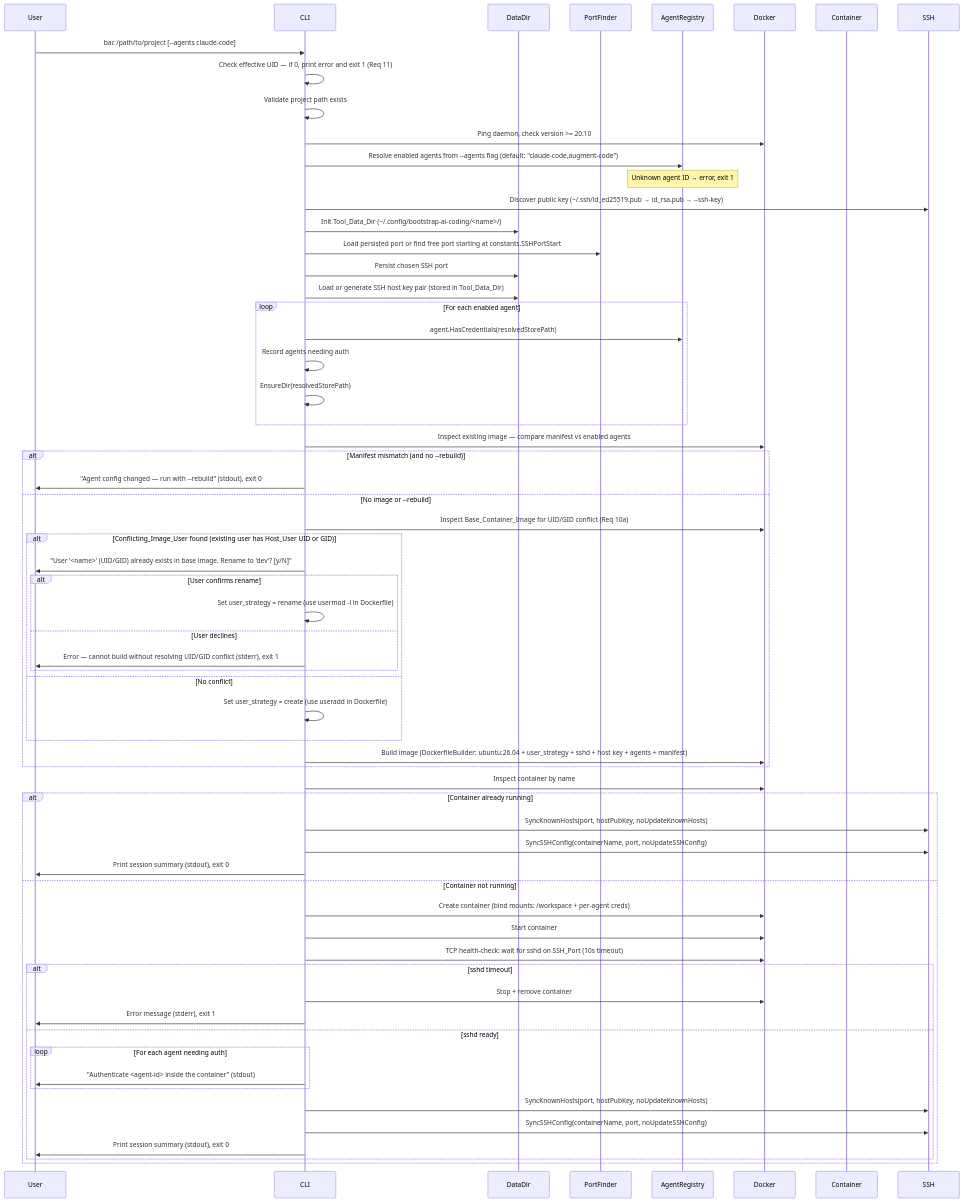
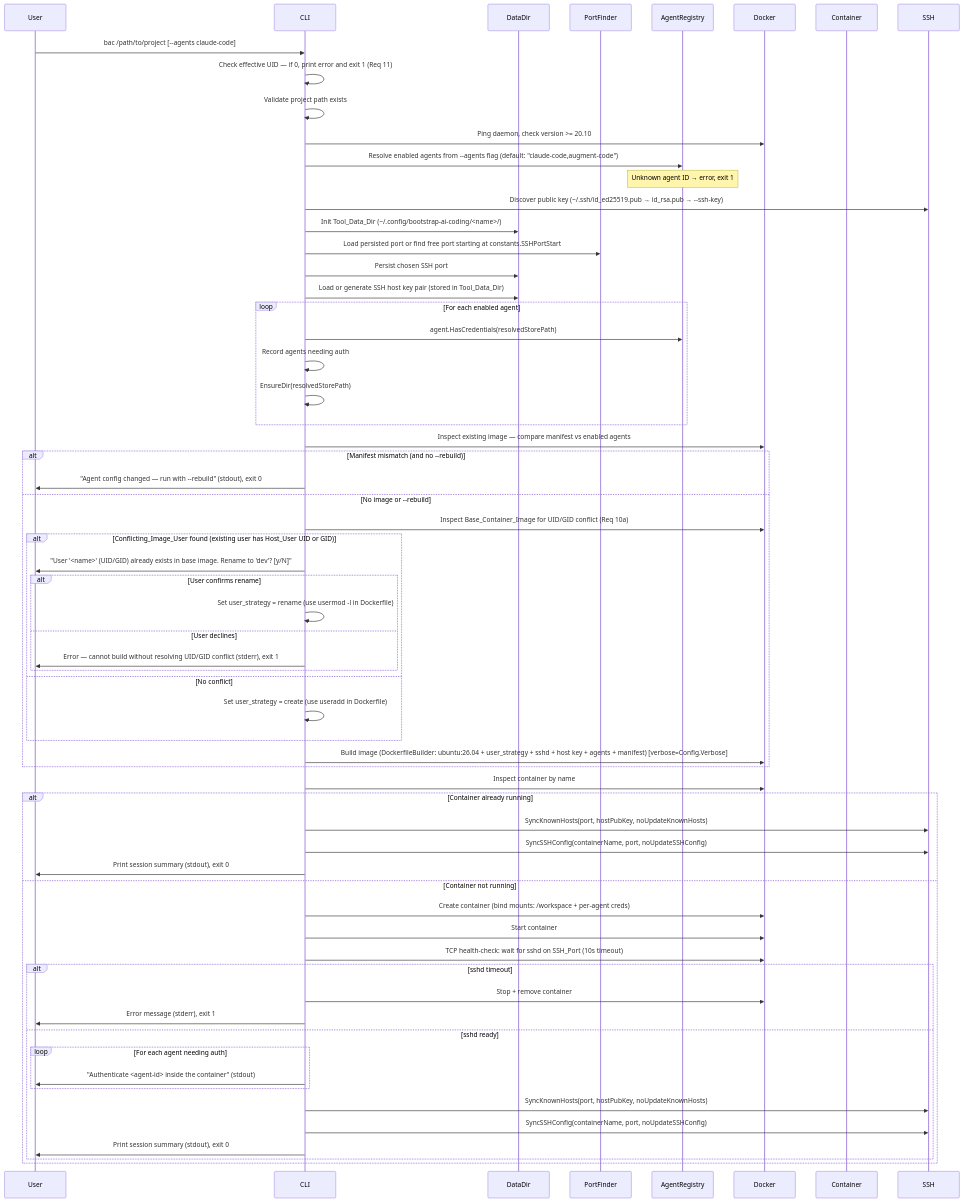
Before and after one commit to koudis/bootstrap-ai-coding: the second of 4 diagrams in .kiro/specs/bootstrap-ai-coding/design-architecture.md, drawn with Mermaid. The commit also changed other lines of this file and 28 other files, not shown here.

````diff
--- a/.kiro/specs/bootstrap-ai-coding/design-architecture.md
+++ b/.kiro/specs/bootstrap-ai-coding/design-architecture.md
@@ -80,65 +80,65 @@
 ```mermaid
 sequenceDiagram
     participant User
     participant CLI
     participant DataDir
     participant PortFinder
     participant AgentRegistry
     participant Docker
     participant Container
 
     User->>CLI: bac /path/to/project [--agents claude-code]
     CLI->>CLI: Check effective UID — if 0, print error and exit 1 (Req 11)
     CLI->>CLI: Validate project path exists
     CLI->>Docker: Ping daemon, check version >= 20.10
     CLI->>AgentRegistry: Resolve enabled agents from --agents flag (default: "claude-code,augment-code")
     note over AgentRegistry: Unknown agent ID → error, exit 1
     CLI->>SSH: Discover public key (~/.ssh/id_ed25519.pub → id_rsa.pub → --ssh-key)
     CLI->>DataDir: Init Tool_Data_Dir (~/.config/bootstrap-ai-coding/<name>/)
     CLI->>PortFinder: Load persisted port or find free port starting at constants.SSHPortStart
     CLI->>DataDir: Persist chosen SSH port
     CLI->>DataDir: Load or generate SSH host key pair (stored in Tool_Data_Dir)
     loop For each enabled agent
         CLI->>AgentRegistry: agent.HasCredentials(resolvedStorePath)
         CLI->>CLI: Record agents needing auth
         CLI->>CLI: EnsureDir(resolvedStorePath)
     end
     CLI->>Docker: Inspect existing image — compare manifest vs enabled agents
     alt Manifest mismatch (and no --rebuild)
         CLI->>User: "Agent config changed — run with --rebuild" (stdout), exit 0
     else No image or --rebuild
         CLI->>Docker: Inspect Base_Container_Image for UID/GID conflict (Req 10a)
         alt Conflicting_Image_User found (existing user has Host_User UID or GID)
             CLI->>User: "User '<name>' (UID/GID) already exists in base image. Rename to 'dev'? [y/N]"
             alt User confirms rename
                 CLI->>CLI: Set user_strategy = rename (use usermod -l in Dockerfile)
             else User declines
                 CLI->>User: Error — cannot build without resolving UID/GID conflict (stderr), exit 1
             end
         else No conflict
             CLI->>CLI: Set user_strategy = create (use useradd in Dockerfile)
         end
-        CLI->>Docker: Build image (DockerfileBuilder: ubuntu:26.04 + user_strategy + sshd + host key + agents + manifest)
+        CLI->>Docker: Build image (DockerfileBuilder: ubuntu:26.04 + user_strategy + sshd + host key + agents + manifest) [verbose=Config.Verbose]
     end
     CLI->>Docker: Inspect container by name
     alt Container already running
         CLI->>SSH: SyncKnownHosts(port, hostPubKey, noUpdateKnownHosts)
         CLI->>SSH: SyncSSHConfig(containerName, port, noUpdateSSHConfig)
         CLI->>User: Print session summary (stdout), exit 0
     else Container not running
         CLI->>Docker: Create container (bind mounts: /workspace + per-agent creds)
         CLI->>Docker: Start container
         CLI->>Docker: TCP health-check: wait for sshd on SSH_Port (10s timeout)
         alt sshd timeout
             CLI->>Docker: Stop + remove container
             CLI->>User: Error message (stderr), exit 1
         else sshd ready
             loop For each agent needing auth
                 CLI->>User: "Authenticate <agent-id> inside the container" (stdout)
             end
             CLI->>SSH: SyncKnownHosts(port, hostPubKey, noUpdateKnownHosts)
             CLI->>SSH: SyncSSHConfig(containerName, port, noUpdateSSHConfig)
             CLI->>User: Print session summary (stdout), exit 0
         end
     end
 ```
````
